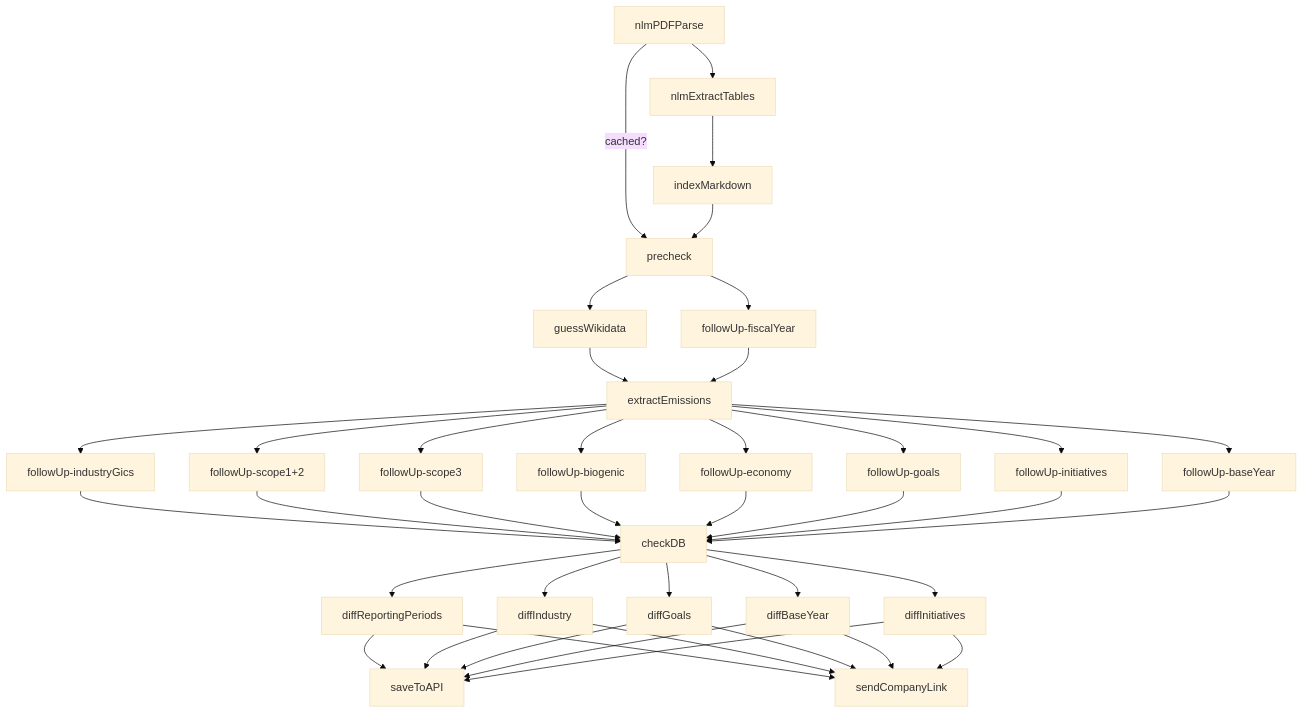
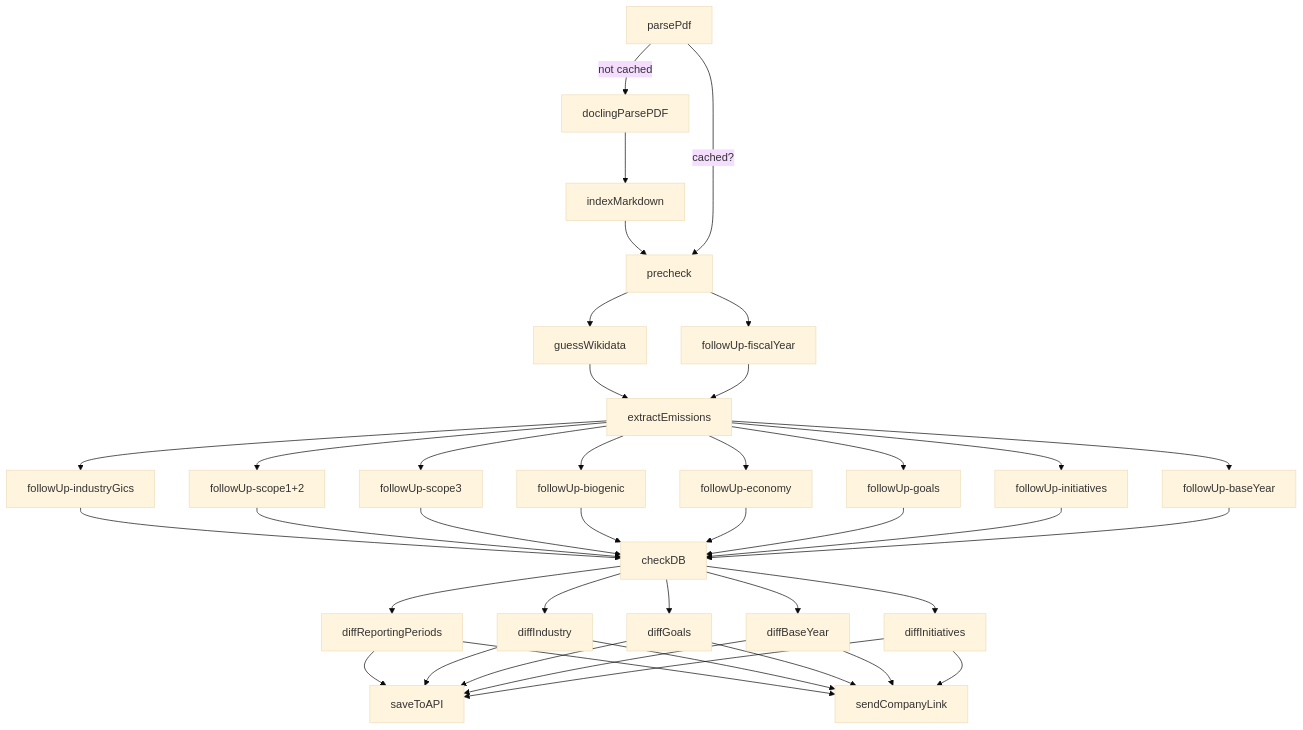
Before and after one commit to Klimatbyran/garbo: the first of 2 diagrams in doc/pipeline.md, drawn with Mermaid (base theme). The commit also changed other lines of this file, not shown here.

````diff
--- a/doc/pipeline.md
+++ b/doc/pipeline.md
@@ -92,42 +94,42 @@
 ```mermaid
 flowchart TD
-    A[nlmPDFParse] --> B[nlmExtractTables]
-    A -- cached? --> D
+    A[parsePdf] -->|not cached| B[doclingParsePDF]
     B --> C[indexMarkdown]
     C --> D[precheck]
+    A -- cached? --> D
     D --> F[guessWikidata]
     D --> G[followUp-fiscalYear]
     F --> H[extractEmissions]
     G --> H
     H --> J[followUp-industryGics]
     H --> K[followUp-scope1+2]
     H --> L[followUp-scope3]
     H --> M[followUp-biogenic]
     H --> N[followUp-economy]
     H --> O[followUp-goals]
     H --> P[followUp-initiatives]
     H --> Q[followUp-baseYear]
     J --> R[checkDB]
     K --> R
     L --> R
     M --> R
     N --> R
     O --> R
     P --> R
     Q --> R
     R --> T[diffReportingPeriods]
     R --> U[diffIndustry]
     R --> V[diffGoals]
     R --> W[diffBaseYear]
     R --> X[diffInitiatives]
     T --> Y[saveToAPI]
     U --> Y
     V --> Y
     W --> Y
     X --> Y
     T --> AD[sendCompanyLink]
     U --> AD
     V --> AD
     W --> AD
     X --> AD
 ```
````
